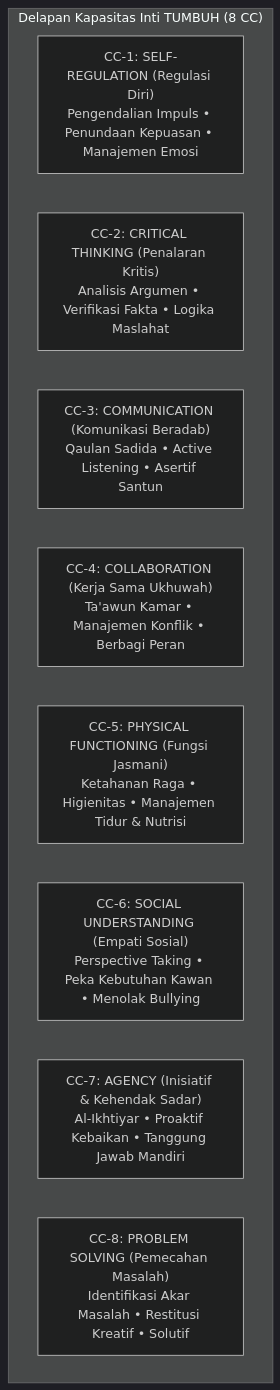
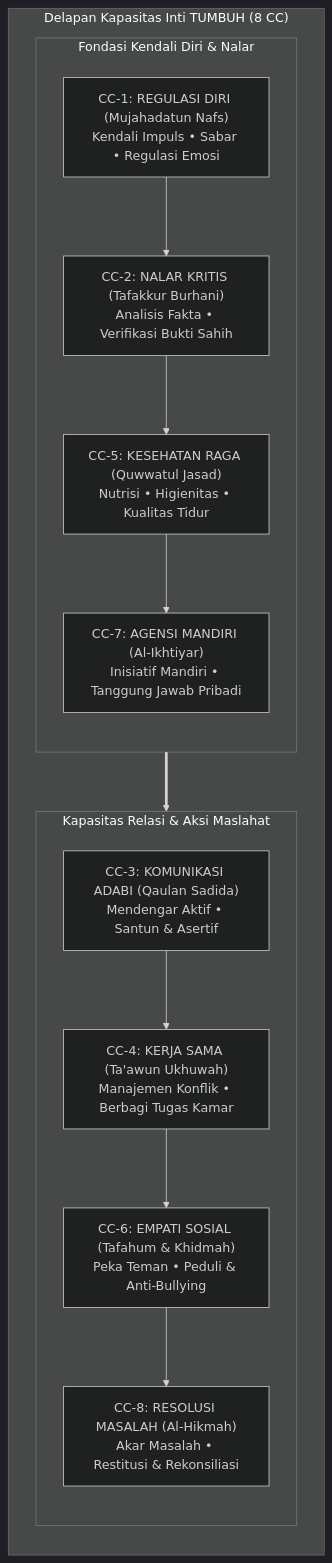
One commit to wandiapriliyandi/tumbuh changed the fourth of 5 diagrams in BOOK Series 1/01-The-Fundamental-of-TUMBUH/Bab-10-Kerangka-Struktur-Model-Inti-TUMBUH.md. Above: the diagram before and after it, drawn with Mermaid (dark theme). The commit also changed other lines of this file and 35 other files, not shown here.

Commit message:
fix(book-01): optimasi keterbacaan diagram mermaid pada seluruh bab dan perbarui 20 file PDF

````diff
--- a/BOOK Series 1/01-The-Fundamental-of-TUMBUH/Bab-10-Kerangka-Struktur-Model-Inti-TUMBUH.md
+++ b/BOOK Series 1/01-The-Fundamental-of-TUMBUH/Bab-10-Kerangka-Struktur-Model-Inti-TUMBUH.md
@@ -144,13 +151,23 @@
 ```mermaid
 graph TD
     subgraph DELAPAN_KAPASITAS_INTI_TUMBUH["Delapan Kapasitas Inti TUMBUH (8 CC)"]
-        C1["CC-1: SELF-REGULATION (Regulasi Diri)<br/>Pengendalian Impuls • Penundaan Kepuasan • Manajemen Emosi"]
-        C2["CC-2: CRITICAL THINKING (Penalaran Kritis)<br/>Analisis Argumen • Verifikasi Fakta • Logika Maslahat"]
-        C3["CC-3: COMMUNICATION (Komunikasi Beradab)<br/>Qaulan Sadida • Active Listening • Asertif Santun"]
-        C4["CC-4: COLLABORATION (Kerja Sama Ukhuwah)<br/>Ta'awun Kamar • Manajemen Konflik • Berbagi Peran"]
-        C5["CC-5: PHYSICAL FUNCTIONING (Fungsi Jasmani)<br/>Ketahanan Raga • Higienitas • Manajemen Tidur & Nutrisi"]
-        C6["CC-6: SOCIAL UNDERSTANDING (Empati Sosial)<br/>Perspective Taking • Peka Kebutuhan Kawan • Menolak Bullying"]
-        C7["CC-7: AGENCY (Inisiatif & Kehendak Sadar)<br/>Al-Ikhtiyar • Proaktif Kebaikan • Tanggung Jawab Mandiri"]
-        C8["CC-8: PROBLEM SOLVING (Pemecahan Masalah)<br/>Identifikasi Akar Masalah • Restitusi Kreatif • Solutif"]
+        direction TB
+        subgraph FONDASI_DIRI["Fondasi Kendali Diri & Nalar"]
+            direction TB
+            C1["CC-1: REGULASI DIRI (Mujahadatun Nafs)<br/>Kendali Impuls • Sabar • Regulasi Emosi"]
+            --> C2["CC-2: NALAR KRITIS (Tafakkur Burhani)<br/>Analisis Fakta • Verifikasi Bukti Sahih"]
+            --> C5["CC-5: KESEHATAN RAGA (Quwwatul Jasad)<br/>Nutrisi • Higienitas • Kualitas Tidur"]
+            --> C7["CC-7: AGENSI MANDIRI (Al-Ikhtiyar)<br/>Inisiatif Mandiri • Tanggung Jawab Pribadi"]
+        end
+
+        subgraph FONDASI_SOSIAL["Kapasitas Relasi & Aksi Maslahat"]
+            direction TB
+            C3["CC-3: KOMUNIKASI ADABI (Qaulan Sadida)<br/>Mendengar Aktif • Santun & Asertif"]
+            --> C4["CC-4: KERJA SAMA (Ta'awun Ukhuwah)<br/>Manajemen Konflik • Berbagi Tugas Kamar"]
+            --> C6["CC-6: EMPATI SOSIAL (Tafahum & Khidmah)<br/>Peka Teman • Peduli & Anti-Bullying"]
+            --> C8["CC-8: RESOLUSI MASALAH (Al-Hikmah)<br/>Akar Masalah • Restitusi & Rekonsiliasi"]
+        end
+
+        FONDASI_DIRI ==> FONDASI_SOSIAL
     end
 ```
````
